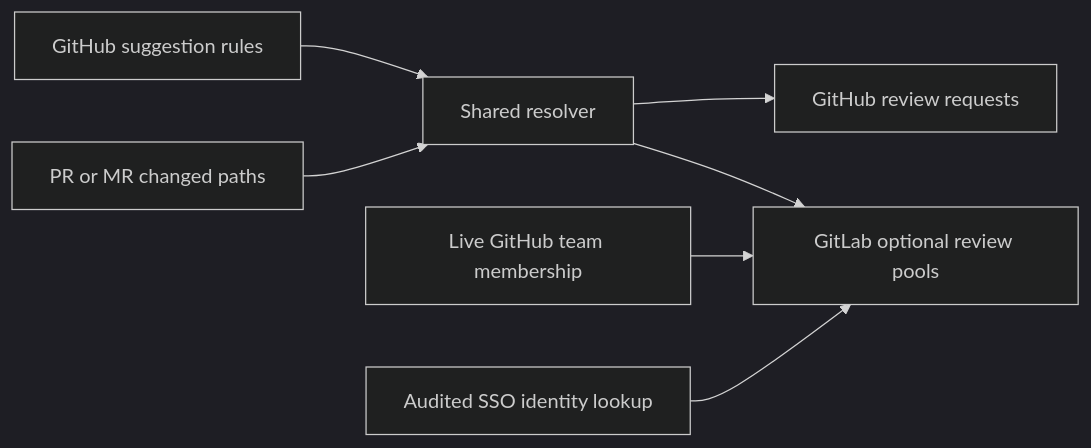
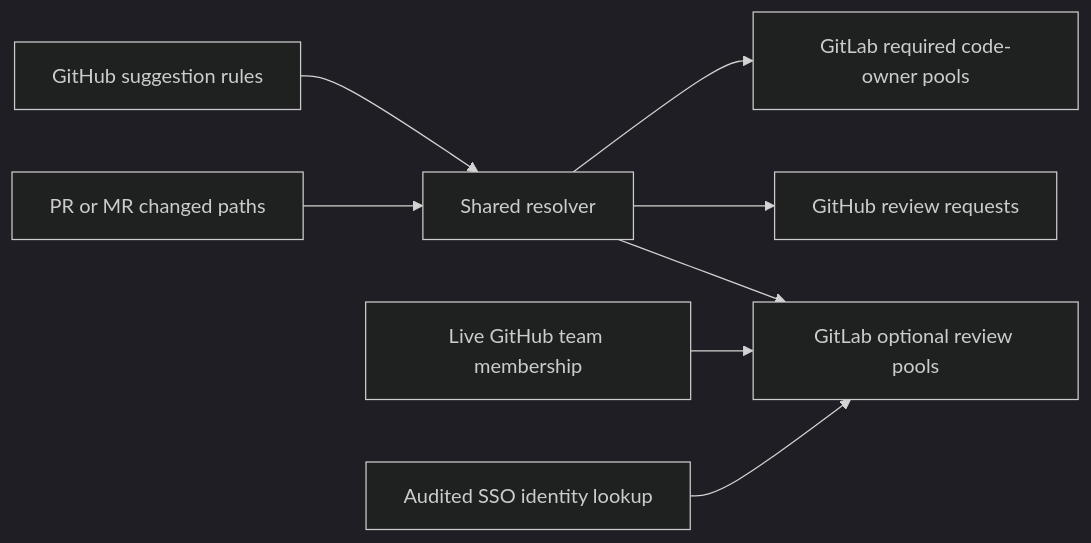
Before and after one commit to NVIDIA-NeMo/FW-CI-templates: the second of 2 diagrams in README.md, drawn with Mermaid (dark theme). The commit also changed other lines of this file and 3 other files, not shown here.

First line of the commit message:
feat(review): require code-owner approvals on gitlab merge requests

````diff
--- a/README.md
+++ b/README.md
@@ -51,9 +52,10 @@
 ```mermaid
 flowchart LR
     Rules[GitHub suggestion rules] --> Resolver[Shared resolver]
     Diff[PR or MR changed paths] --> Resolver
     Resolver --> GH[GitHub review requests]
     Resolver --> GL[GitLab optional review pools]
+    Resolver --> GLR[GitLab required code-owner pools]
     Teams[Live GitHub team membership] --> GL
     Identities[Audited SSO identity lookup] --> GL
 ```
````
